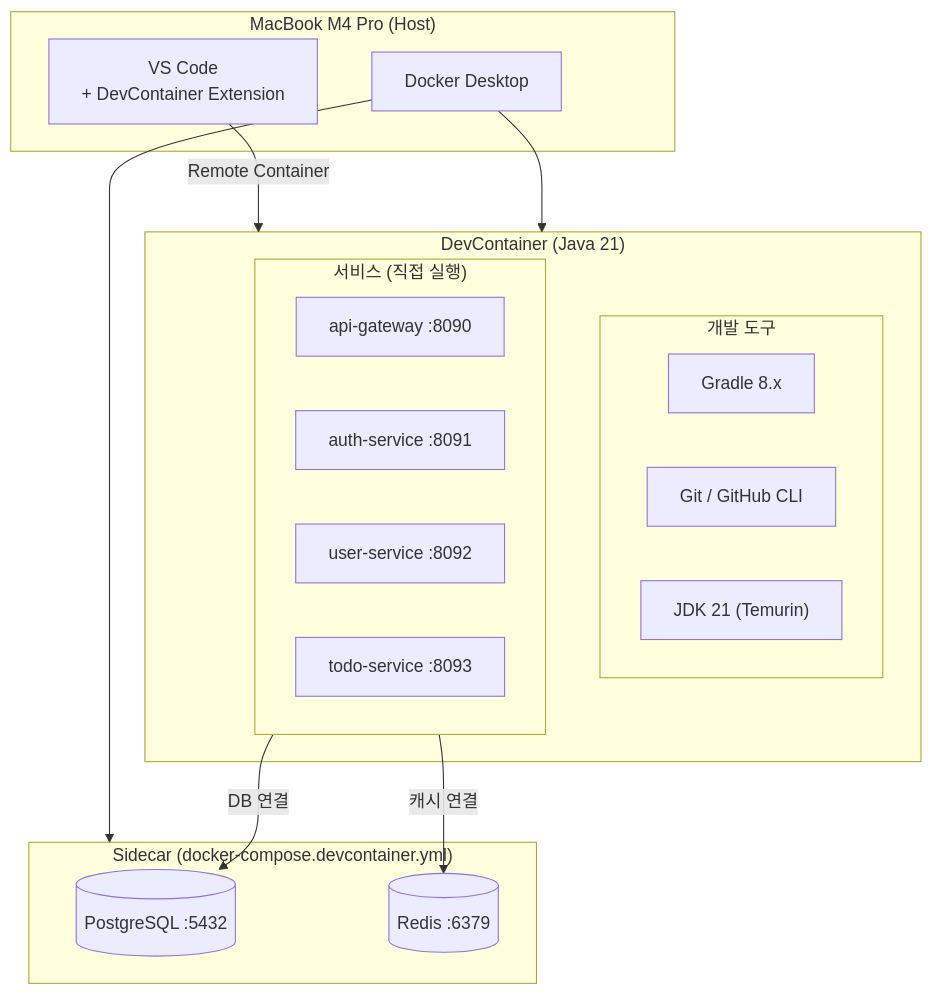
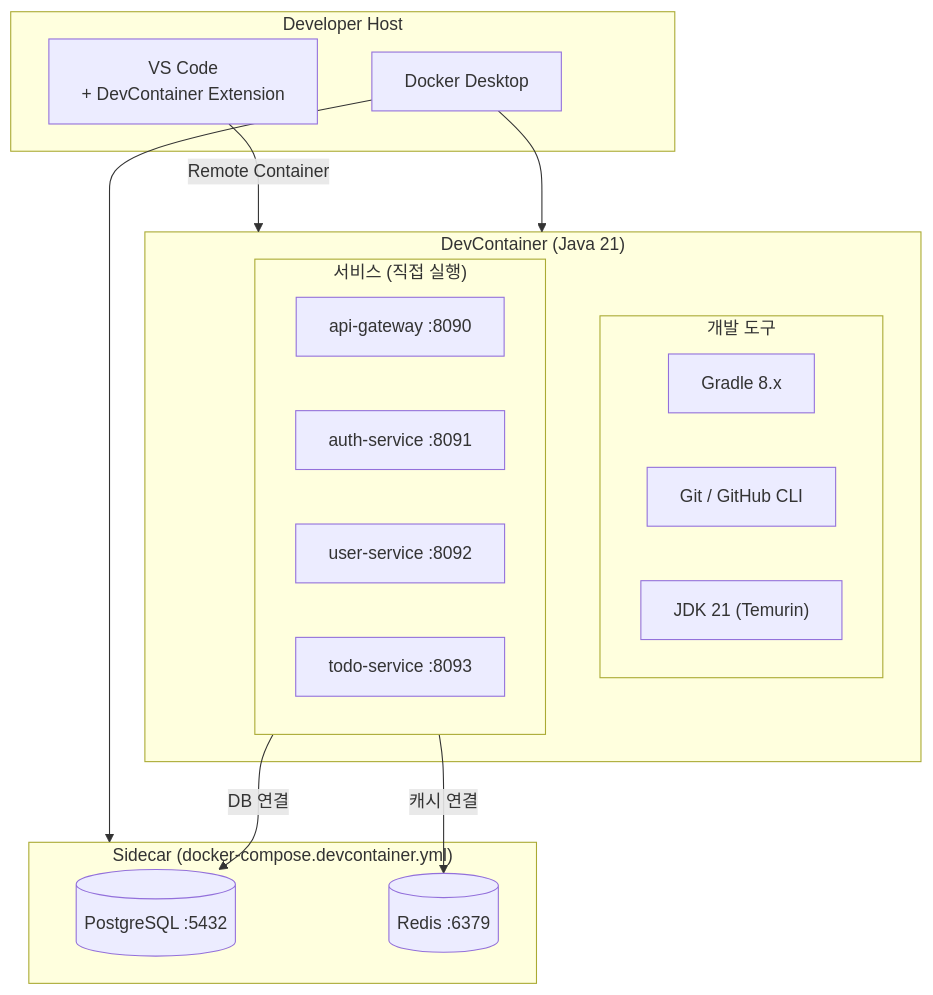
One commit to kyungseo/ai-workflow-harness changed diagram 15 of 20 in docs/ARCHITECTURE.md. Above: the diagram before and after it, drawn with Mermaid. The commit also changed other lines of this file and 70 other files, not shown here.

````diff
--- a/docs/ARCHITECTURE.md
+++ b/docs/ARCHITECTURE.md
@@ -483,32 +483,32 @@
 ```mermaid
 graph TB
-    subgraph HOST["MacBook M4 Pro (Host)"]
+    subgraph HOST["Developer Host"]
         VSCODE["VS Code\n+ DevContainer Extension"]
         DOCKER["Docker Desktop"]
     end
 
     subgraph CONTAINER["DevContainer (Java 21)"]
         subgraph TOOLS["개발 도구"]
             GRADLE["Gradle 8.x"]
             GIT["Git / GitHub CLI"]
             JAVA["JDK 21 (Temurin)"]
         end
         subgraph APPS["서비스 (직접 실행)"]
             GW_D["api-gateway :8090"]
             AUTH_D["auth-service :8091"]
             USER_D["user-service :8092"]
             TODO_D["todo-service :8093"]
         end
     end
 
     subgraph SIDECARS["Sidecar (docker-compose.devcontainer.yml)"]
         PG_D[("PostgreSQL :5432")]
         RD_D[("Redis :6379")]
     end
 
     VSCODE -->|"Remote Container"| CONTAINER
     DOCKER --> CONTAINER
     DOCKER --> SIDECARS
     APPS -->|"DB 연결"| PG_D
     APPS -->|"캐시 연결"| RD_D
 ```
````
